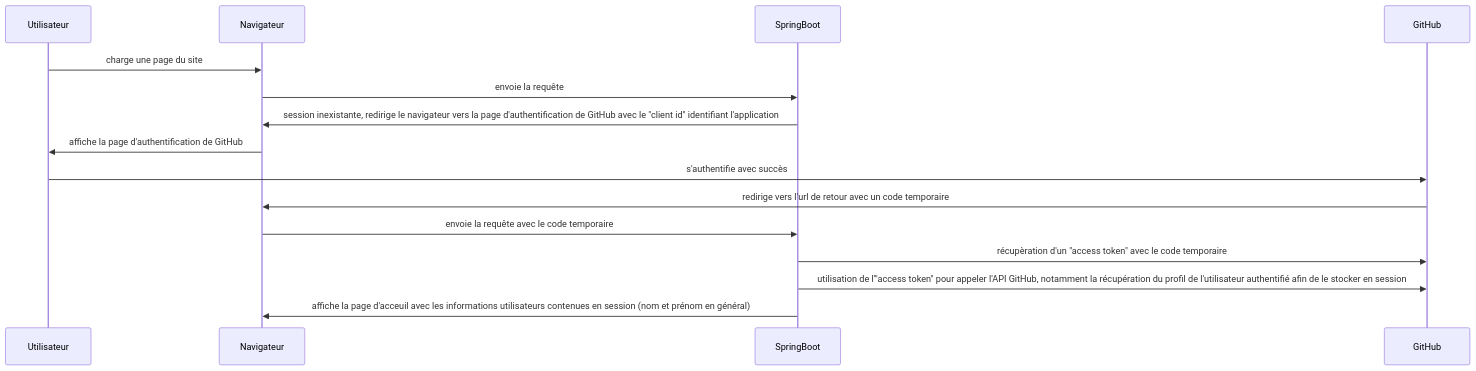
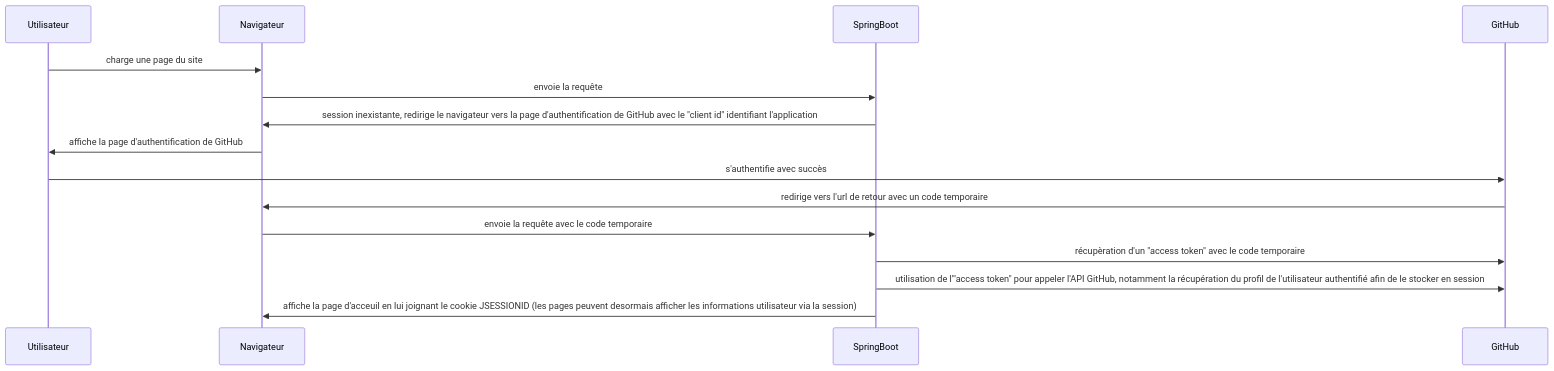
One commit to frigaux/api-cotations-boursieres changed the second of 2 diagrams in README.md. Above: the diagram before and after it, drawn with Mermaid. The commit also changed other lines of this file, not shown here.

````diff
--- a/README.md
+++ b/README.md
@@ -20,13 +21,13 @@
 ```mermaid
   sequenceDiagram
     Utilisateur->>Navigateur: charge une page du site
     Navigateur->>SpringBoot: envoie la requête
     SpringBoot->>Navigateur: session inexistante, redirige le navigateur vers la page d'authentification de GitHub avec le "client id" identifiant l'application
     Navigateur->>Utilisateur: affiche la page d'authentification de GitHub
     Utilisateur->>GitHub: s'authentifie avec succès
     GitHub->>Navigateur: redirige vers l'url de retour avec un code temporaire
     Navigateur->>SpringBoot: envoie la requête avec le code temporaire
     SpringBoot->>GitHub: récupèration d'un "access token" avec le code temporaire
     SpringBoot->>GitHub: utilisation de l'"access token" pour appeler l'API GitHub, notamment la récupération du profil de l'utilisateur authentifié afin de le stocker en session
-    SpringBoot->>Navigateur: affiche la page d'acceuil avec les informations utilisateurs contenues en session (nom et prénom en général)
+    SpringBoot->>Navigateur: affiche la page d'acceuil en lui joignant le cookie JSESSIONID (les pages peuvent desormais afficher les informations utilisateur via la session)
 ```
````
